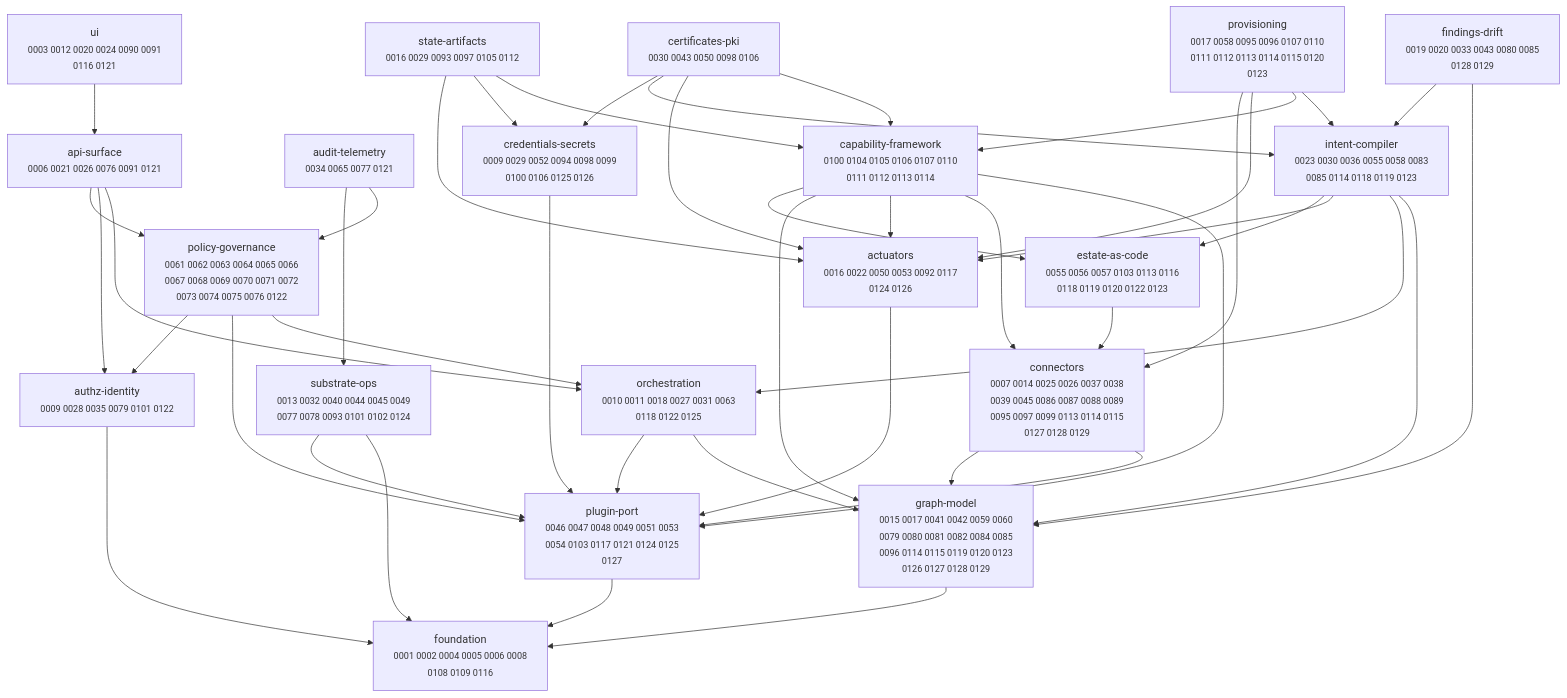
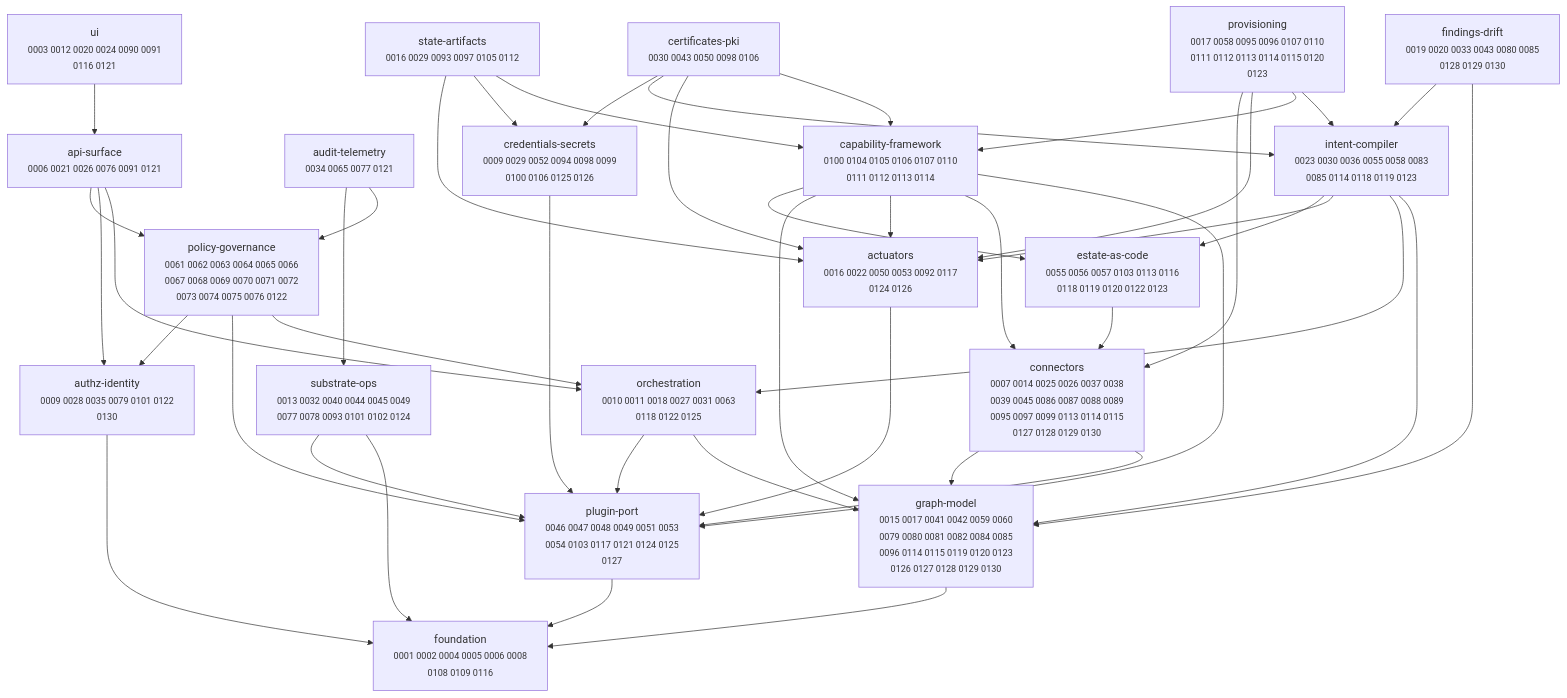
Before and after one commit to dstout-devops/stratt: the diagram in docs/adr/MAP.md, drawn with Mermaid. The commit also changed other lines of this file and 18 other files, not shown here.

````diff
--- a/docs/adr/MAP.md
+++ b/docs/adr/MAP.md
@@ -11,67 +11,67 @@
 ```mermaid
 graph TD
   actuators["actuators<br/><small>0016 0022 0050 0053 0092 0117<br/>0124 0126</small>"]
   api_surface["api-surface<br/><small>0006 0021 0026 0076 0091 0121</small>"]
   audit_telemetry["audit-telemetry<br/><small>0034 0065 0077 0121</small>"]
-  authz_identity["authz-identity<br/><small>0009 0028 0035 0079 0101 0122</small>"]
+  authz_identity["authz-identity<br/><small>0009 0028 0035 0079 0101 0122<br/>0130</small>"]
   capability_framework["capability-framework<br/><small>0100 0104 0105 0106 0107 0110<br/>0111 0112 0113 0114</small>"]
   certificates_pki["certificates-pki<br/><small>0030 0043 0050 0098 0106</small>"]
-  connectors["connectors<br/><small>0007 0014 0025 0026 0037 0038<br/>0039 0045 0086 0087 0088 0089<br/>0095 0097 0099 0113 0114 0115<br/>0127 0128 0129</small>"]
+  connectors["connectors<br/><small>0007 0014 0025 0026 0037 0038<br/>0039 0045 0086 0087 0088 0089<br/>0095 0097 0099 0113 0114 0115<br/>0127 0128 0129 0130</small>"]
   credentials_secrets["credentials-secrets<br/><small>0009 0029 0052 0094 0098 0099<br/>0100 0106 0125 0126</small>"]
   estate_as_code["estate-as-code<br/><small>0055 0056 0057 0103 0113 0116<br/>0118 0119 0120 0122 0123</small>"]
-  findings_drift["findings-drift<br/><small>0019 0020 0033 0043 0080 0085<br/>0128 0129</small>"]
+  findings_drift["findings-drift<br/><small>0019 0020 0033 0043 0080 0085<br/>0128 0129 0130</small>"]
   foundation["foundation<br/><small>0001 0002 0004 0005 0006 0008<br/>0108 0109 0116</small>"]
-  graph_model["graph-model<br/><small>0015 0017 0041 0042 0059 0060<br/>0079 0080 0081 0082 0084 0085<br/>0096 0114 0115 0119 0120 0123<br/>0126 0127 0128 0129</small>"]
+  graph_model["graph-model<br/><small>0015 0017 0041 0042 0059 0060<br/>0079 0080 0081 0082 0084 0085<br/>0096 0114 0115 0119 0120 0123<br/>0126 0127 0128 0129 0130</small>"]
   intent_compiler["intent-compiler<br/><small>0023 0030 0036 0055 0058 0083<br/>0085 0114 0118 0119 0123</small>"]
   orchestration["orchestration<br/><small>0010 0011 0018 0027 0031 0063<br/>0118 0122 0125</small>"]
   plugin_port["plugin-port<br/><small>0046 0047 0048 0049 0051 0053<br/>0054 0103 0117 0121 0124 0125<br/>0127</small>"]
   policy_governance["policy-governance<br/><small>0061 0062 0063 0064 0065 0066<br/>0067 0068 0069 0070 0071 0072<br/>0073 0074 0075 0076 0122</small>"]
   provisioning["provisioning<br/><small>0017 0058 0095 0096 0107 0110<br/>0111 0112 0113 0114 0115 0120<br/>0123</small>"]
   state_artifacts["state-artifacts<br/><small>0016 0029 0093 0097 0105 0112</small>"]
   substrate_ops["substrate-ops<br/><small>0013 0032 0040 0044 0045 0049<br/>0077 0078 0093 0101 0102 0124</small>"]
   ui["ui<br/><small>0003 0012 0020 0024 0090 0091<br/>0116 0121</small>"]
 
   actuators --> plugin_port
   api_surface --> orchestration
   api_surface --> authz_identity
   api_surface --> policy_governance
   audit_telemetry --> policy_governance
   audit_telemetry --> substrate_ops
   authz_identity --> foundation
   capability_framework --> plugin_port
   capability_framework --> connectors
   capability_framework --> actuators
   capability_framework --> graph_model
   capability_framework --> estate_as_code
   certificates_pki --> capability_framework
   certificates_pki --> actuators
   certificates_pki --> intent_compiler
   certificates_pki --> credentials_secrets
   connectors --> plugin_port
   connectors --> graph_model
   credentials_secrets --> plugin_port
   estate_as_code --> connectors
   findings_drift --> graph_model
   findings_drift --> intent_compiler
   graph_model --> foundation
   intent_compiler --> graph_model
   intent_compiler --> orchestration
   intent_compiler --> actuators
   intent_compiler --> estate_as_code
   orchestration --> graph_model
   orchestration --> plugin_port
   plugin_port --> foundation
   policy_governance --> orchestration
   policy_governance --> plugin_port
   policy_governance --> authz_identity
   provisioning --> intent_compiler
   provisioning --> capability_framework
   provisioning --> actuators
   provisioning --> connectors
   state_artifacts --> capability_framework
   state_artifacts --> credentials_secrets
   state_artifacts --> actuators
   substrate_ops --> foundation
   substrate_ops --> plugin_port
   ui --> api_surface
 ```
````
